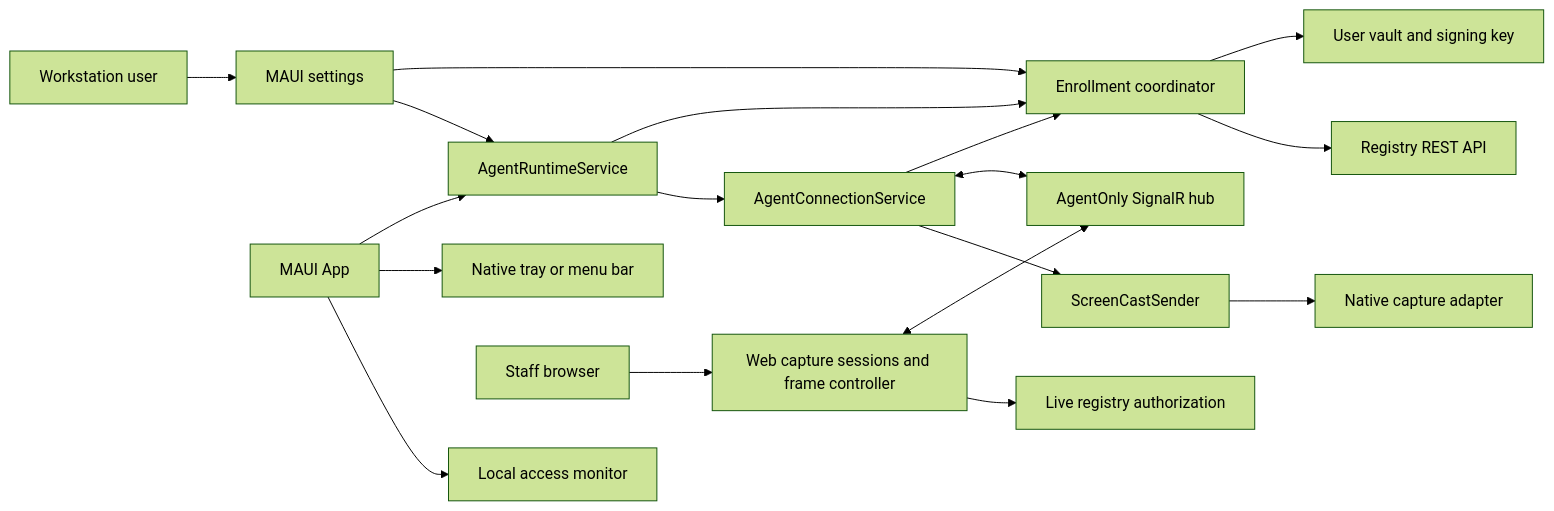
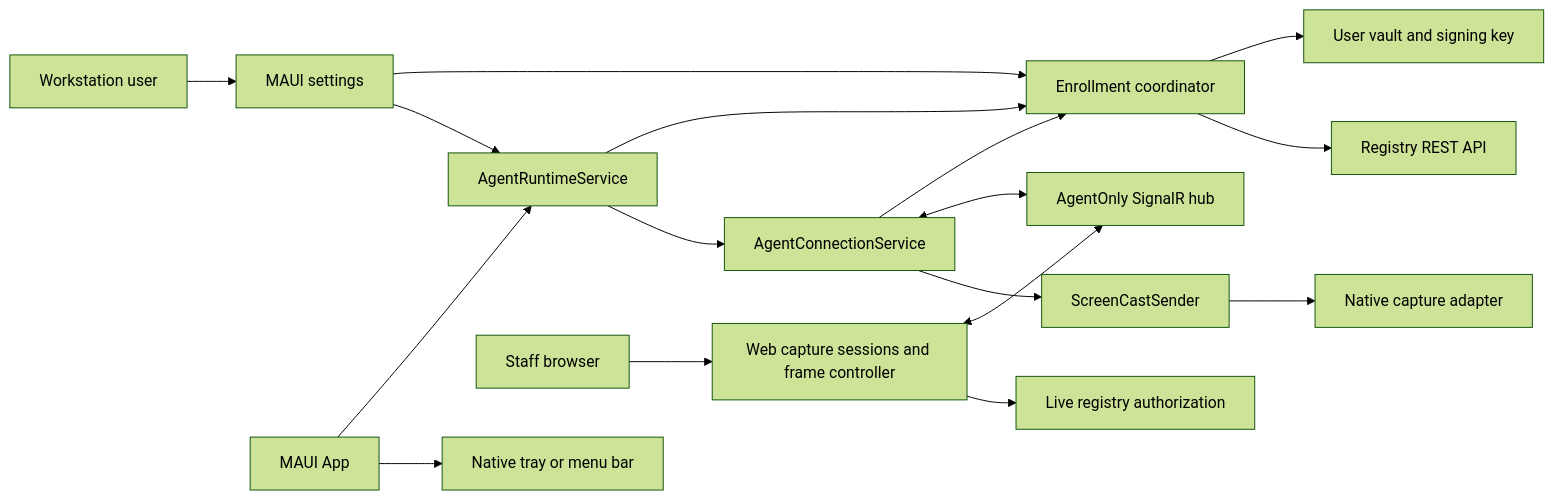
One commit to Xeno-nix/labster-releases changed the diagram in docs/agent-architecture.md. Above: the diagram before and after it, drawn with Mermaid (forest theme). The commit also changed other lines of this file and 32 other files, not shown here.

````diff
--- a/docs/agent-architecture.md
+++ b/docs/agent-architecture.md
@@ -11,20 +11,19 @@
 ```mermaid
 flowchart LR
     User[Workstation user] --> Settings[MAUI settings]
     Settings --> Identity[Enrollment coordinator]
     Settings --> Runtime[AgentRuntimeService]
     App[MAUI App] --> Runtime
     App --> Desktop[Native tray or menu bar]
-    App --> Monitor[Local access monitor]
     Runtime --> Identity
     Identity --> Vault[User vault and signing key]
     Identity --> API[Registry REST API]
     Runtime --> Transport[AgentConnectionService]
     Transport --> Identity
     Transport <--> Hub[AgentOnly SignalR hub]
     Transport --> Sender[ScreenCastSender]
     Sender --> Capture[Native capture adapter]
     Viewer[Staff browser] --> Screens[Web capture sessions and frame controller]
     Screens <--> Hub
     Screens --> Registry[Live registry authorization]
 ```
````
